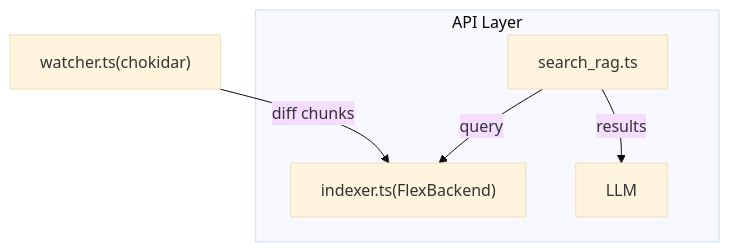
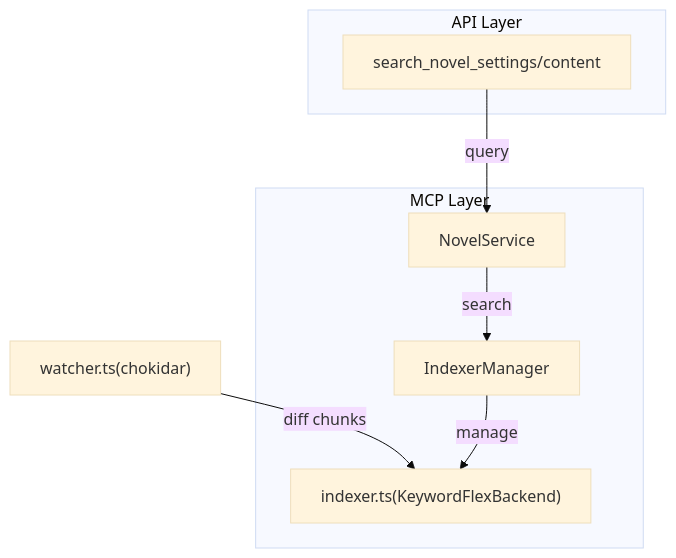
Before and after one commit to cedretaber/dialogoi: the diagram in INSTRUCTION.md, drawn with Mermaid (base theme). The commit also changed other lines of this file and 2 other files, not shown here.

````diff
--- a/INSTRUCTION.md
+++ b/INSTRUCTION.md
@@ -19,8 +19,11 @@
 ```mermaid
 flowchart TD
-    A["watcher.ts(chokidar)"] -->|diff chunks| IDX["indexer.ts(FlexBackend)"]
+    A["watcher.ts(chokidar)"] -->|diff chunks| IDX["indexer.ts(KeywordFlexBackend)"]
+    subgraph MCP Layer
+      NS[NovelService] -->|search| IM[IndexerManager]
+      IM -->|manage| IDX
+    end
     subgraph API Layer
-      SR[search_rag.ts] -->|query| IDX
-      SR -->|results| LLM
+      SR[search_novel_settings/content] -->|query| NS
     end
 ```
````
